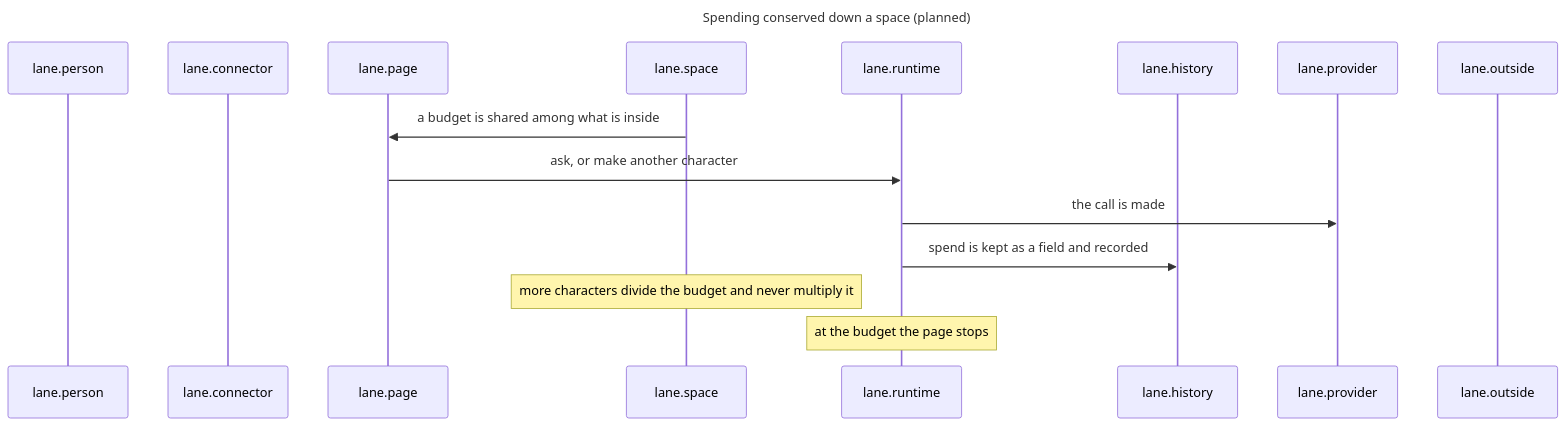
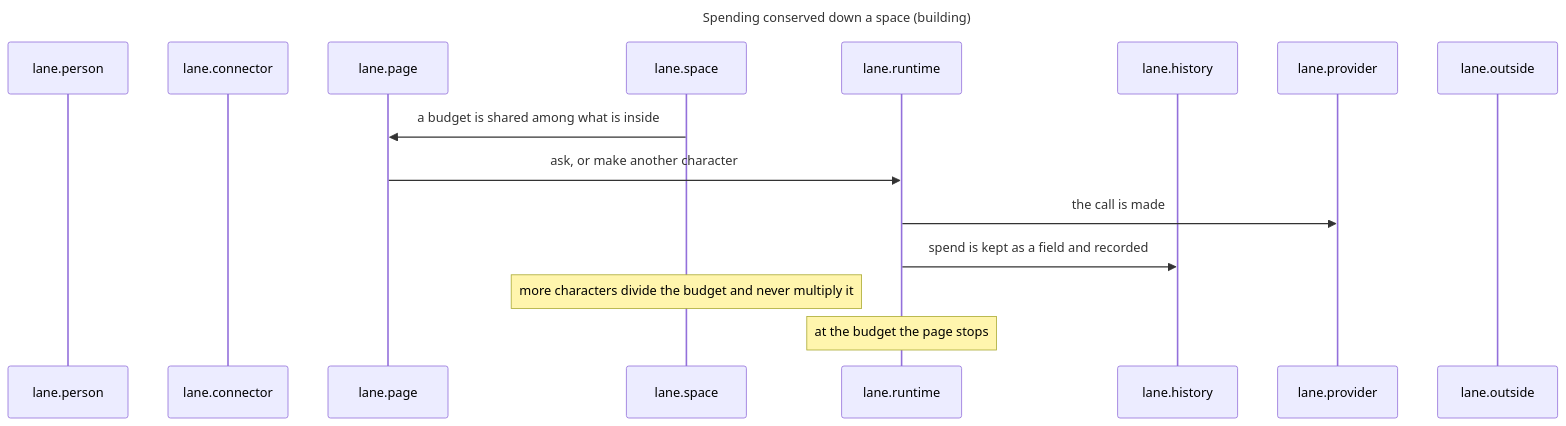
Before and after one commit to drksci/conky: diagram 17 of 28 in docs/reference/architecture.md, drawn with Mermaid. The commit also changed other lines of this file and 24 other files, not shown here.

First line of the commit message:
feat: a space hands down reactions

````diff
--- a/docs/reference/architecture.md
+++ b/docs/reference/architecture.md
@@ -833,20 +805,20 @@
 ```mermaid
 ---
-title: Spending conserved down a space (planned)
+title: Spending conserved down a space (building)
 ---
 sequenceDiagram
     participant lane.person
     participant lane.connector
     participant lane.page
     participant lane.space
     participant lane.runtime
     participant lane.history
     participant lane.provider
     participant lane.outside
     lane.space->>lane.page: a budget is shared among what is inside
     lane.page->>lane.runtime: ask, or make another character
     lane.runtime->>lane.provider: the call is made
     lane.runtime->>lane.history: spend is kept as a field and recorded
     Note over lane.space: more characters divide the budget and never multiply it
     Note over lane.runtime: at the budget the page stops
 ```
````
